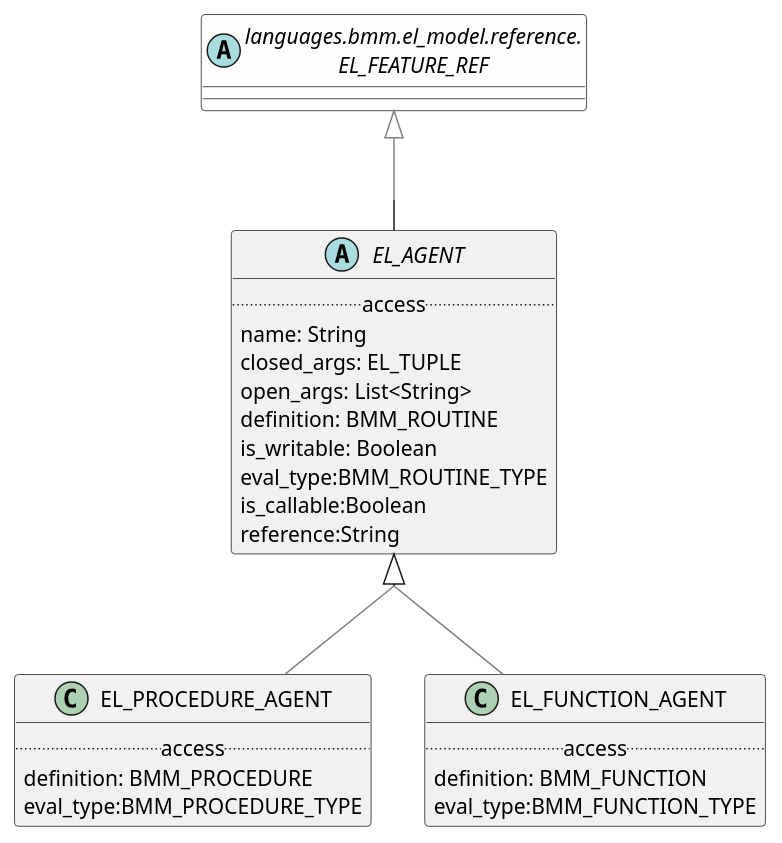
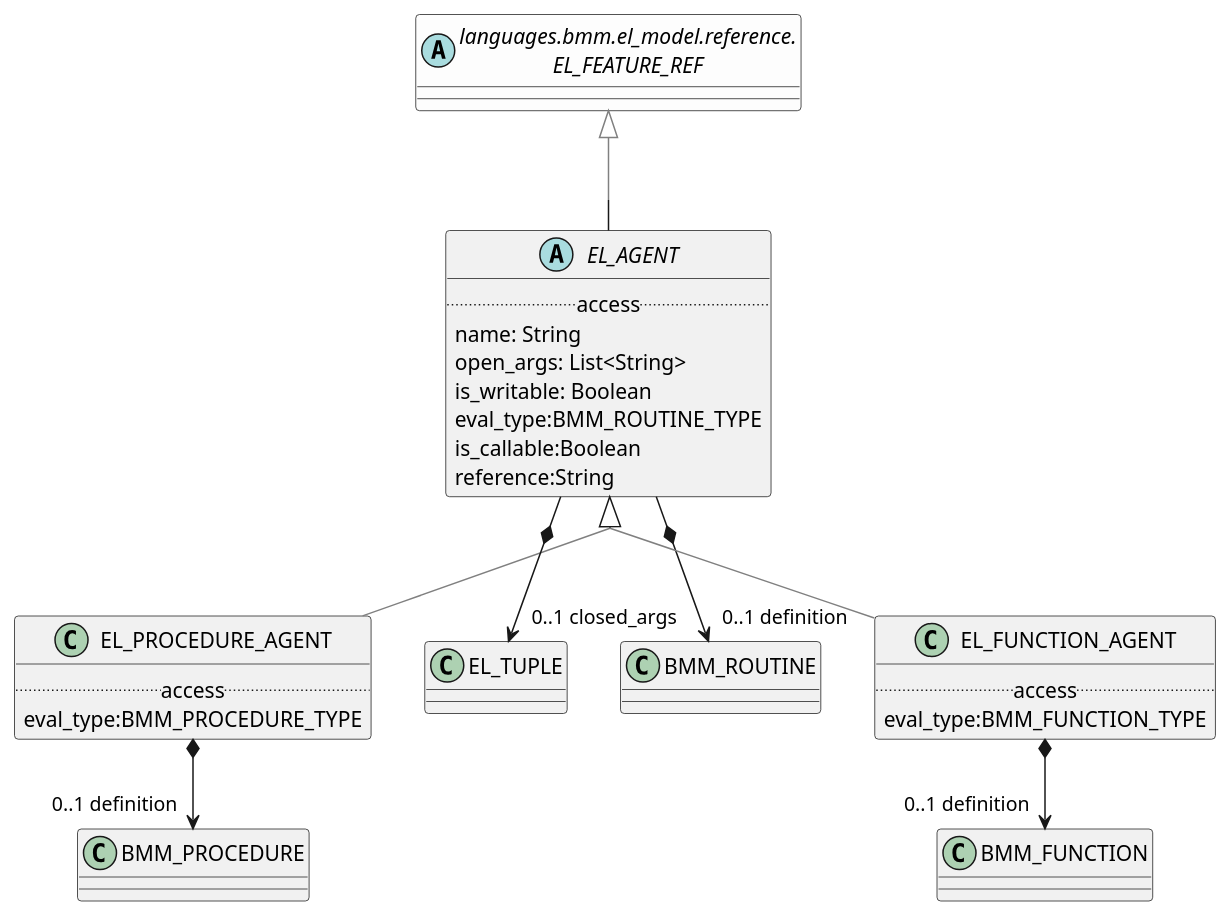
One commit to wolandscat/openehr-doc changed the diagram in modules/ROOT/examples/bmm/languages/bmm/el_model/agent/agent-package-uml.adoc. Above: the diagram before and after it, drawn with PlantUML. The commit also changed 30 other files, not shown here.

```diff
--- a/modules/ROOT/examples/bmm/languages/bmm/el_model/agent/agent-package-uml.adoc
+++ b/modules/ROOT/examples/bmm/languages/bmm/el_model/agent/agent-package-uml.adoc
@@ -3,42 +3,46 @@
 [plantuml,opts=interactive,link=self]
 ....
 skinparam groupInheritance 2
 skinparam citedClassColor #FDFDFD
 
 
 class EL_PROCEDURE_AGENT [[/openehr-doc/latest/languages/bmm-gen.html#_class_el_procedure_agent]] {
         .. access ..
-        definition: BMM_PROCEDURE
         eval_type:BMM_PROCEDURE_TYPE
 }
 
 EL_PROCEDURE_AGENT -[#gray]up-|> EL_AGENT  
 
 
+EL_PROCEDURE_AGENT *--> "0..1 definition" BMM_PROCEDURE
+
 abstract class EL_AGENT [[/openehr-doc/latest/languages/bmm-gen.html#_class_el_agent]] {
         .. access ..
         name: String
-        closed_args: EL_TUPLE
         open_args: List<String>
-        definition: BMM_ROUTINE
         is_writable: Boolean
         eval_type:BMM_ROUTINE_TYPE
         is_callable:Boolean
         reference:String
 }
 
 EL_AGENT -[#gray]up-|> EL_FEATURE_REF  
 
 
+EL_AGENT *--> "0..1 closed_args" EL_TUPLE
+
+EL_AGENT *--> "0..1 definition" BMM_ROUTINE
+
 class EL_FUNCTION_AGENT [[/openehr-doc/latest/languages/bmm-gen.html#_class_el_function_agent]] {
         .. access ..
-        definition: BMM_FUNCTION
         eval_type:BMM_FUNCTION_TYPE
 }
 
 EL_FUNCTION_AGENT -[#gray]up-|> EL_AGENT  
 
+
+EL_FUNCTION_AGENT *--> "0..1 definition" BMM_FUNCTION
 abstract class "languages.bmm.el_model.reference.\nEL_FEATURE_REF" as EL_FEATURE_REF  [[/openehr-doc/latest/languages/bmm-gen.html#_class_el_feature_ref]] #FDFDFD {
 }
 
 ....
```
